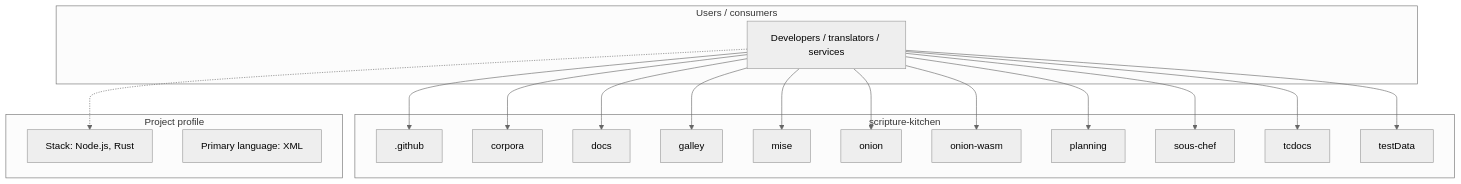
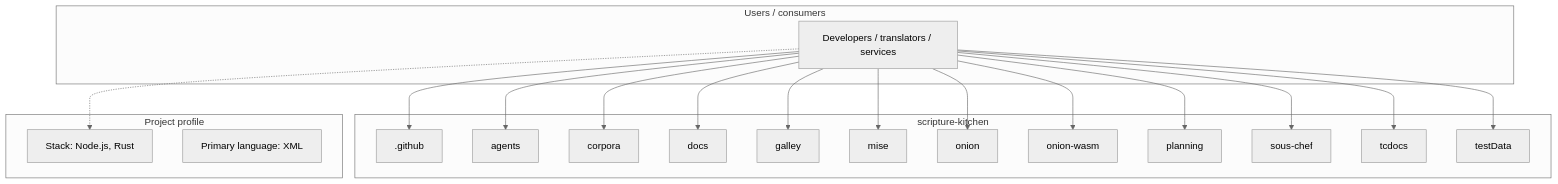
The first of 3 diagrams in architecture/WycliffeAssociates/scripture-kitchen-architecture.md (AnonymousWalker/project-repos-diagram), drawn with Mermaid (neutral theme) before and after one commit. The commit also changed other lines of this file and 2 other files, not shown here.

Commit message:
chore: refresh architecture diagrams

````diff
--- a/architecture/WycliffeAssociates/scripture-kitchen-architecture.md
+++ b/architecture/WycliffeAssociates/scripture-kitchen-architecture.md
@@ -9,38 +9,40 @@
 ```mermaid
 flowchart TB
   subgraph users["Users / consumers"]
     Users["Developers / translators / services"]
   end
 
   subgraph project["scripture-kitchen"]
     M0[".github"]
-    M1["corpora"]
-    M2["docs"]
-    M3["galley"]
-    M4["mise"]
-    M5["onion"]
-    M6["onion-wasm"]
-    M7["planning"]
-    M8["sous-chef"]
-    M9["tcdocs"]
-    M10["testData"]
+    M1["agents"]
+    M2["corpora"]
+    M3["docs"]
+    M4["galley"]
+    M5["mise"]
+    M6["onion"]
+    M7["onion-wasm"]
+    M8["planning"]
+    M9["sous-chef"]
+    M10["tcdocs"]
+    M11["testData"]
   end
 
   subgraph meta["Project profile"]
     Stack["Stack: Node.js, Rust"]
     Lang["Primary language: XML"]
   end
 
   Users --> M0
   Users --> M1
   Users --> M2
   Users --> M3
   Users --> M4
   Users --> M5
   Users --> M6
   Users --> M7
   Users --> M8
   Users --> M9
   Users --> M10
+  Users --> M11
   Users -.-> Stack
 ```
````
